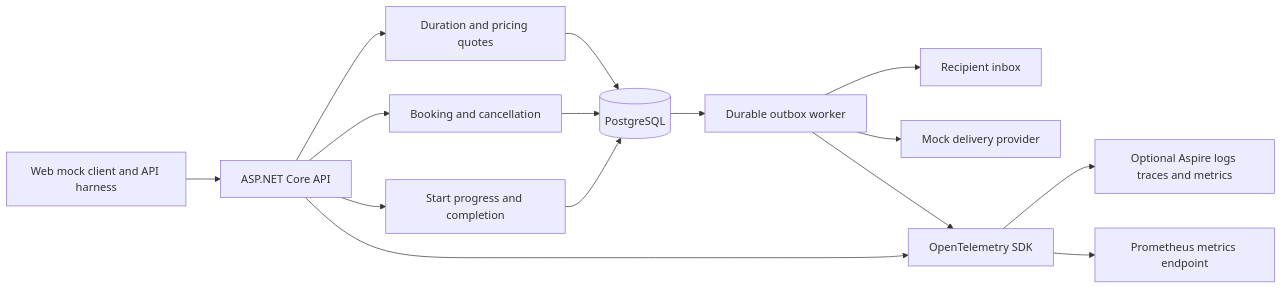
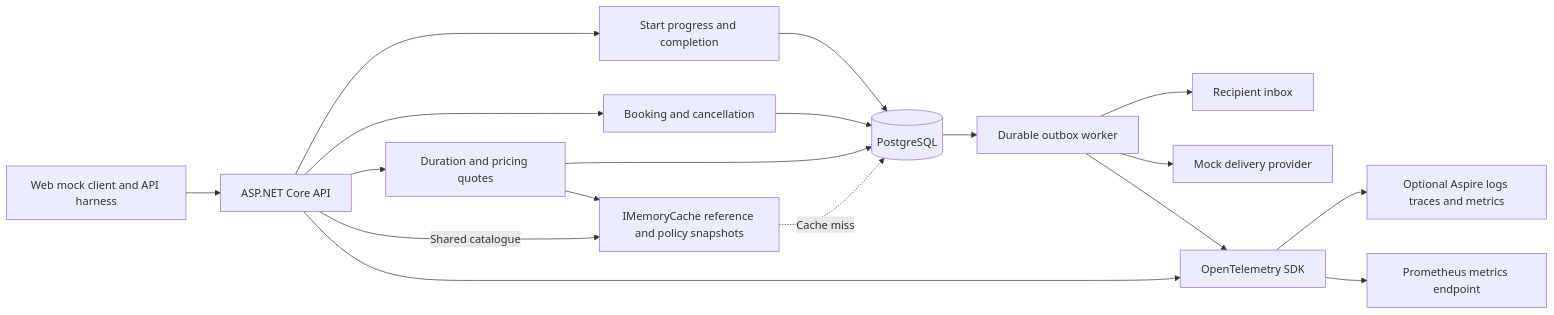
One commit to space29/appointment-scheduler changed the first of 2 diagrams in docs/system-design.md. Above: the diagram before and after it, drawn with Mermaid. The commit also changed other lines of this file and 18 other files, not shown here.

Commit message:
Cache reference data and quote policy snapshots in memory

````diff
--- a/docs/system-design.md
+++ b/docs/system-design.md
@@ -7,17 +7,20 @@
 ```mermaid
 flowchart LR
     Client[Web mock client and API harness] --> API[ASP.NET Core API]
     API --> Quotes[Duration and pricing quotes]
     API --> Booking[Booking and cancellation]
     API --> Operations[Start progress and completion]
-    Quotes --> DB[(PostgreSQL)]
+    API -->|Shared catalogue| Cache[IMemoryCache reference and policy snapshots]
+    Quotes --> Cache
+    Cache -.->|Cache miss| DB[(PostgreSQL)]
+    Quotes --> DB
     Booking --> DB
     Operations --> DB
     DB --> Worker[Durable outbox worker]
     Worker --> Inbox[Recipient inbox]
     Worker --> Mock[Mock delivery provider]
     API --> Telemetry[OpenTelemetry SDK]
     Worker --> Telemetry
     Telemetry --> Viewer[Optional Aspire logs traces and metrics]
     Telemetry --> Metrics[Prometheus metrics endpoint]
 ```
````
